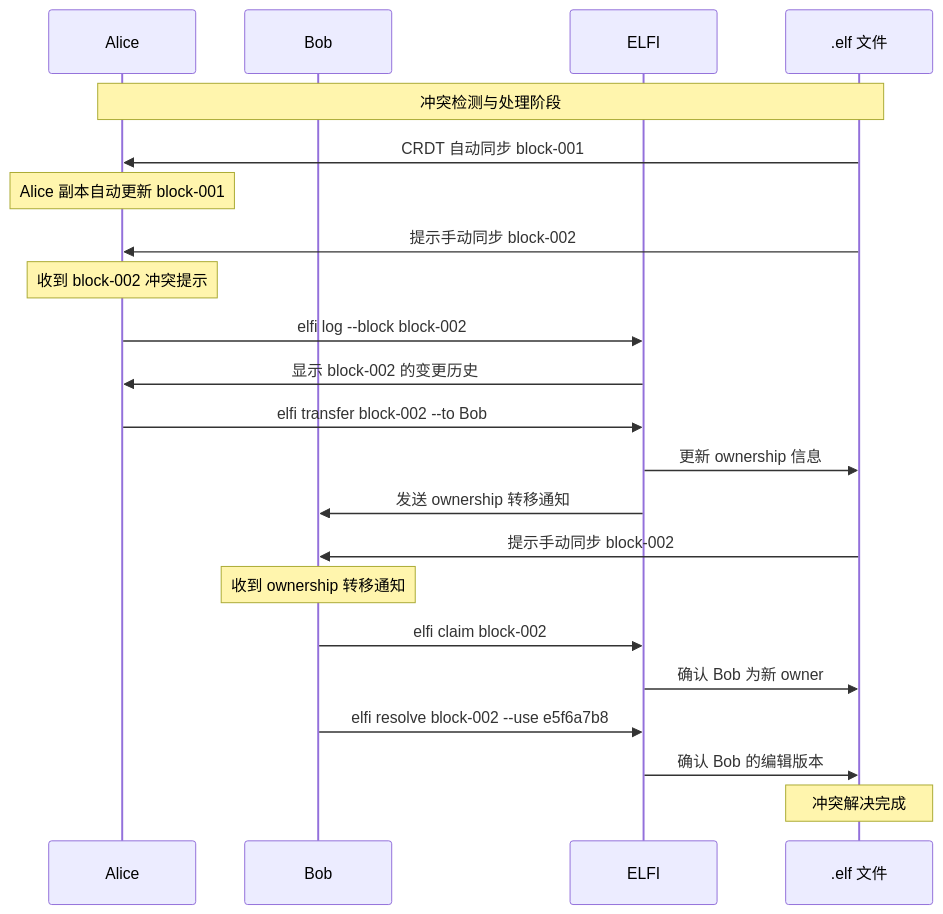
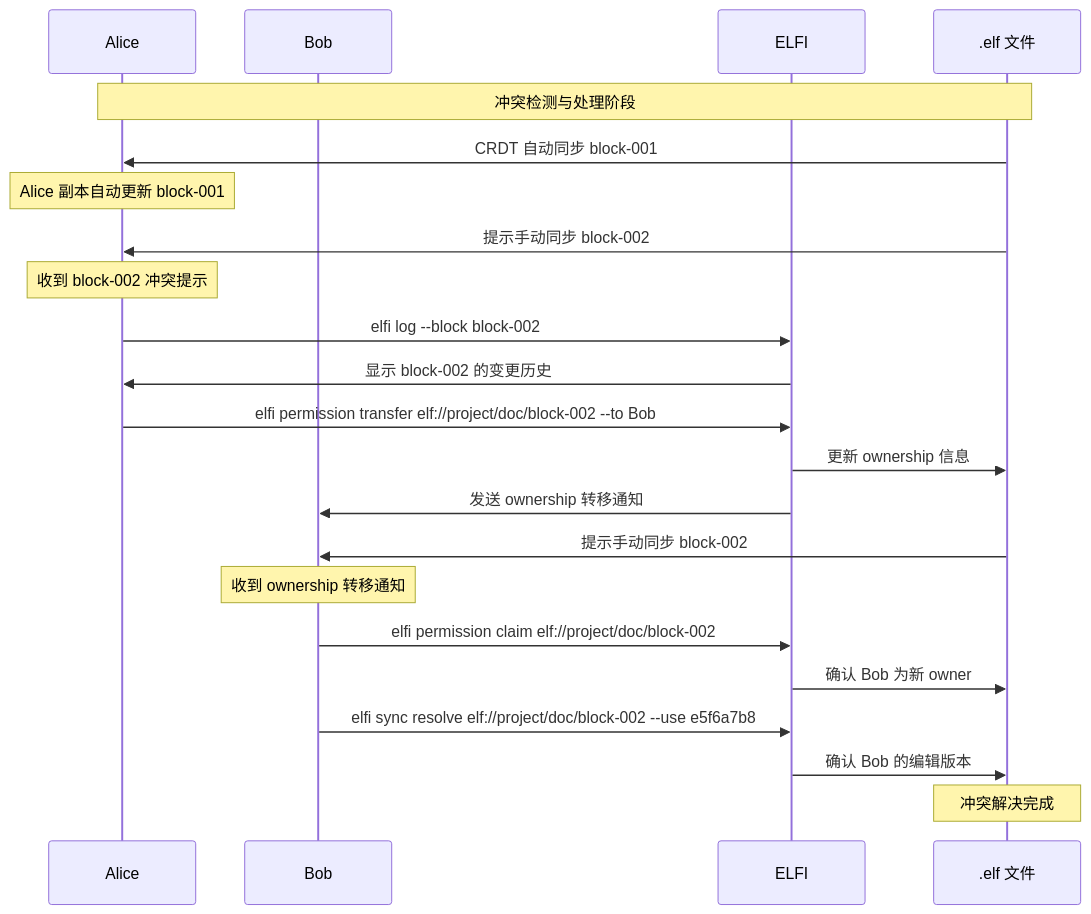
The fifth of 11 diagrams in docs/src/02-quickstart.md (allenwoods/elfi), drawn with Mermaid before and after one commit. The commit also changed other lines of this file and 64 other files, not shown here.

Commit message:
更新Cargo.toml以支持工作区结构，新增多个模块的依赖配置。同时，完善开发文档，强调TDD开发流程和贡献指南，提升新开发者的入门体验。新增ELFI开发路线图，明确项目进度和模块职责，确保开发过程的透明性和可追溯性。优化README文档，提供更清晰的开发者文档链接和项目概述，增强用户对ELFI工具的理解和使用体验。

````diff
--- a/docs/src/02-quickstart.md
+++ b/docs/src/02-quickstart.md
@@ -595,30 +595,30 @@
 ```mermaid
 sequenceDiagram
     participant Alice
     participant Bob
     participant ELFI
     participant ELFFile as .elf 文件
 
     Note over Alice, ELFFile: 冲突检测与处理阶段
     ELFFile->>Alice: CRDT 自动同步 block-001
     Note over Alice: Alice 副本自动更新 block-001
     
     ELFFile->>Alice: 提示手动同步 block-002
     Note over Alice: 收到 block-002 冲突提示
     
     Alice->>ELFI: elfi log --block block-002
     ELFI->>Alice: 显示 block-002 的变更历史
     
-    Alice->>ELFI: elfi transfer block-002 --to Bob
+    Alice->>ELFI: elfi permission transfer elf://project/doc/block-002 --to Bob
     ELFI->>ELFFile: 更新 ownership 信息
     ELFI->>Bob: 发送 ownership 转移通知
     
     ELFFile->>Bob: 提示手动同步 block-002
     Note over Bob: 收到 ownership 转移通知
     
-    Bob->>ELFI: elfi claim block-002
+    Bob->>ELFI: elfi permission claim elf://project/doc/block-002
     ELFI->>ELFFile: 确认 Bob 为新 owner
-    Bob->>ELFI: elfi resolve block-002 --use e5f6a7b8
+    Bob->>ELFI: elfi sync resolve elf://project/doc/block-002 --use e5f6a7b8
     ELFI->>ELFFile: 确认 Bob 的编辑版本
     Note over ELFFile: 冲突解决完成
 ```
````
